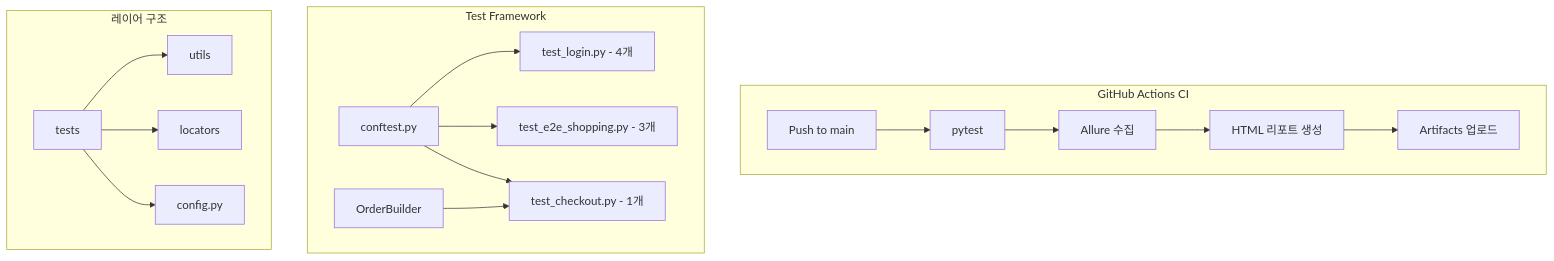
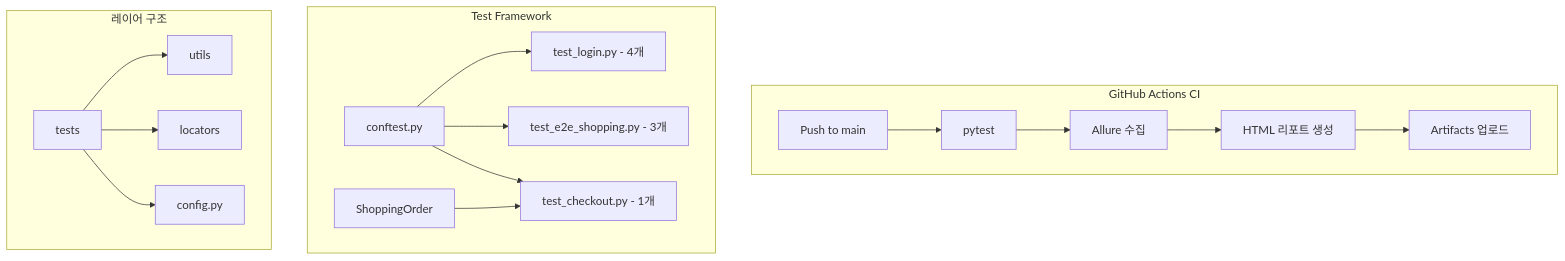
The diagram in README.md (cmi94/playwright-e2e-framework), drawn with Mermaid before and after one commit. The commit also changed other lines of this file, not shown here.

````diff
--- a/README.md
+++ b/README.md
@@ -52,22 +62,22 @@
 ```mermaid
 flowchart TD
     subgraph CI["GitHub Actions CI"]
         A[Push to main] --> B[pytest]
         B --> C[Allure 수집]
         C --> D[HTML 리포트 생성]
         D --> E[Artifacts 업로드]
     end
 
     subgraph Framework["Test Framework"]
         F[conftest.py] --> G[test_login.py - 4개]
         F --> H[test_e2e_shopping.py - 3개]
         F --> I[test_checkout.py - 1개]
-        J[OrderBuilder] --> I
+        J[ShoppingOrder] --> I
     end
 
     subgraph Layers["레이어 구조"]
         K[tests] --> L[utils]
         K --> M[locators]
         K --> N[config.py]
     end
 ```
````
